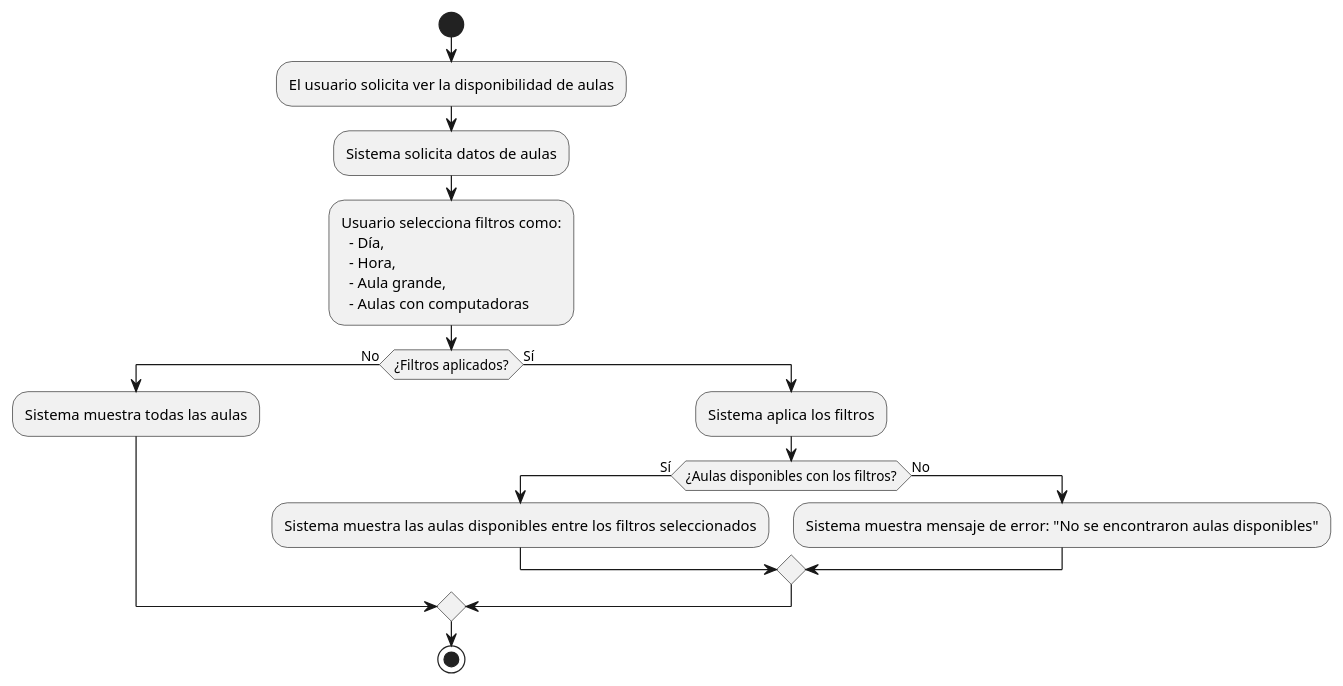
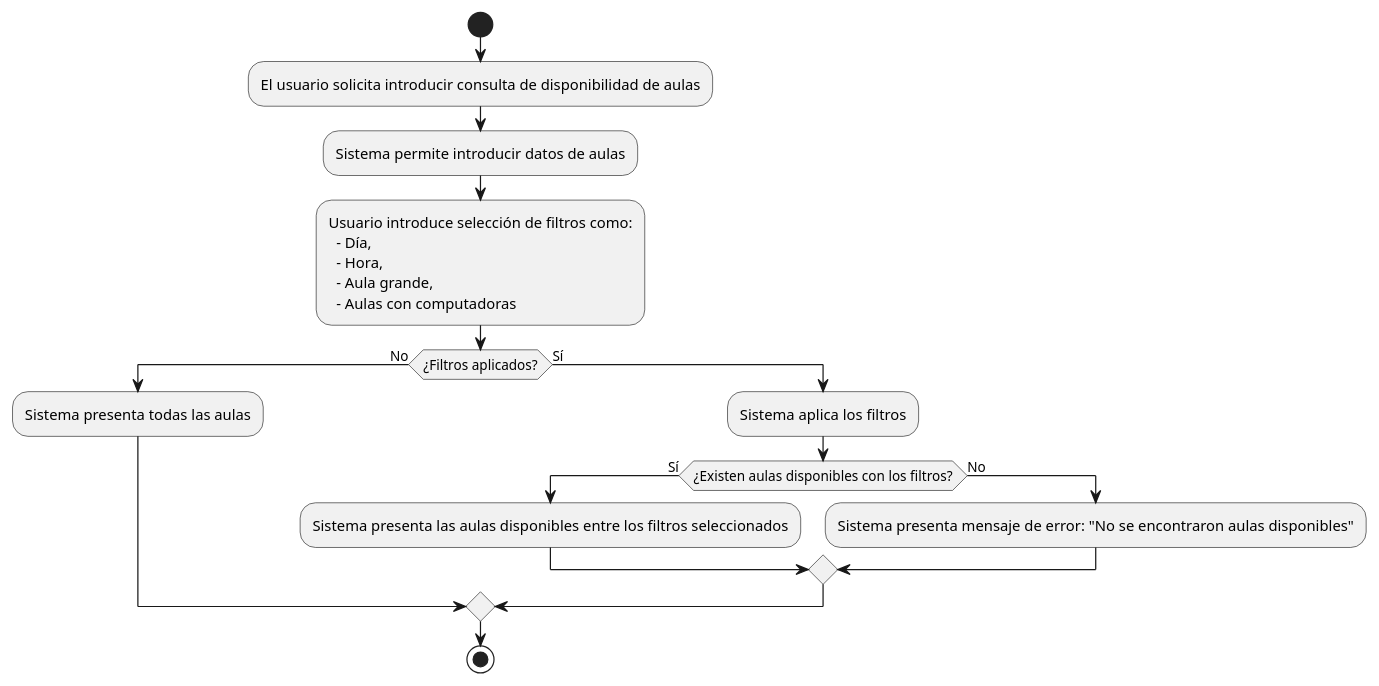
Before and after one commit to mmasias/24-25-IdSw1-SDR: the diagram in casosDeUso/plantUML/VerDisponibilidadDeAulas.puml, drawn with PlantUML.

```diff
--- a/casosDeUso/plantUML/VerDisponibilidadDeAulas.puml
+++ b/casosDeUso/plantUML/VerDisponibilidadDeAulas.puml
@@ -1,22 +1,21 @@
 @startuml
 start
-:El usuario solicita ver la disponibilidad de aulas;
-:Sistema solicita datos de aulas;
-  :Usuario selecciona filtros como:
-    - Día,
-    - Hora,
-    - Aula grande,
-    - Aulas con computadoras;
+:El usuario solicita introducir consulta de disponibilidad de aulas;
+:Sistema permite introducir datos de aulas;
+:Usuario introduce selección de filtros como:
+  - Día,
+  - Hora,
+  - Aula grande,
+  - Aulas con computadoras;
 if (¿Filtros aplicados?) then (No)
-  :Sistema muestra todas las aulas;
+  :Sistema presenta todas las aulas;
 else (Sí)
-
   :Sistema aplica los filtros;
-  if (¿Aulas disponibles con los filtros?) then (Sí)
-    :Sistema muestra las aulas disponibles entre los filtros seleccionados;
+  if (¿Existen aulas disponibles con los filtros?) then (Sí)
+    :Sistema presenta las aulas disponibles entre los filtros seleccionados;
   else (No)
-    :Sistema muestra mensaje de error: "No se encontraron aulas disponibles";
+    :Sistema presenta mensaje de error: "No se encontraron aulas disponibles";
   endif
 endif
 stop
 @enduml
```
